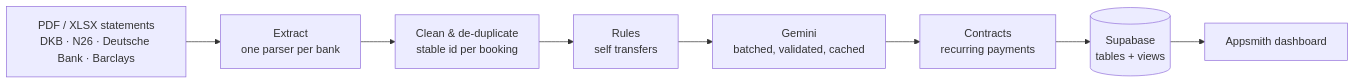
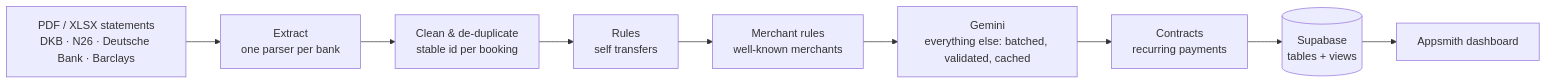
One commit to Pavatharini-Muthukkumar/Kubera_Finance_app changed the diagram in README.md. Above: the diagram before and after it, drawn with Mermaid. The commit also changed other lines of this file and 14 other files, not shown here.

````diff
--- a/README.md
+++ b/README.md
@@ -13,10 +26,11 @@
 ```mermaid
 flowchart LR
     A[PDF / XLSX statements<br/>DKB · N26 · Deutsche Bank · Barclays] --> B[Extract<br/>one parser per bank]
     B --> C[Clean & de-duplicate<br/>stable id per booking]
     C --> D[Rules<br/>self transfers]
-    D --> E[Gemini<br/>batched, validated, cached]
+    D --> R[Merchant rules<br/>well-known merchants]
+    R --> E[Gemini<br/>everything else: batched, validated, cached]
     E --> F[Contracts<br/>recurring payments]
     F --> G[(Supabase<br/>tables + views)]
     G --> H[Appsmith dashboard]
 ```
````
